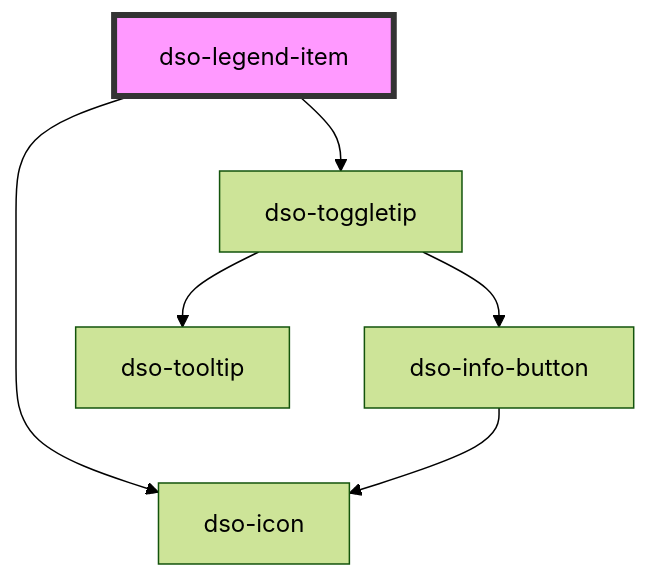
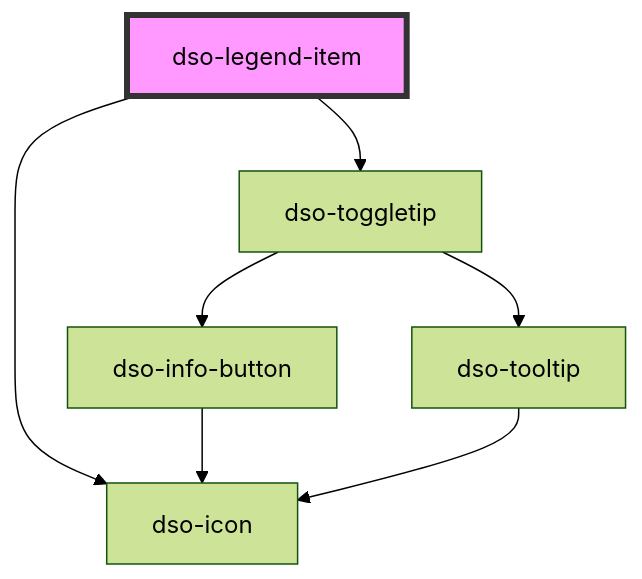
Before and after one commit to dso-toolkit/dso-toolkit: the diagram in packages/core/src/components/legend-item/readme.md, drawn with Mermaid (forest theme). The commit also changed 37 other files, not shown here.

````diff
--- a/packages/core/src/components/legend-item/readme.md
+++ b/packages/core/src/components/legend-item/readme.md
@@ -42,9 +42,10 @@
 ```mermaid
 graph TD;
   dso-legend-item --> dso-toggletip
   dso-legend-item --> dso-icon
   dso-toggletip --> dso-info-button
   dso-toggletip --> dso-tooltip
   dso-info-button --> dso-icon
+  dso-tooltip --> dso-icon
   style dso-legend-item fill:#f9f,stroke:#333,stroke-width:4px
 ```
````
